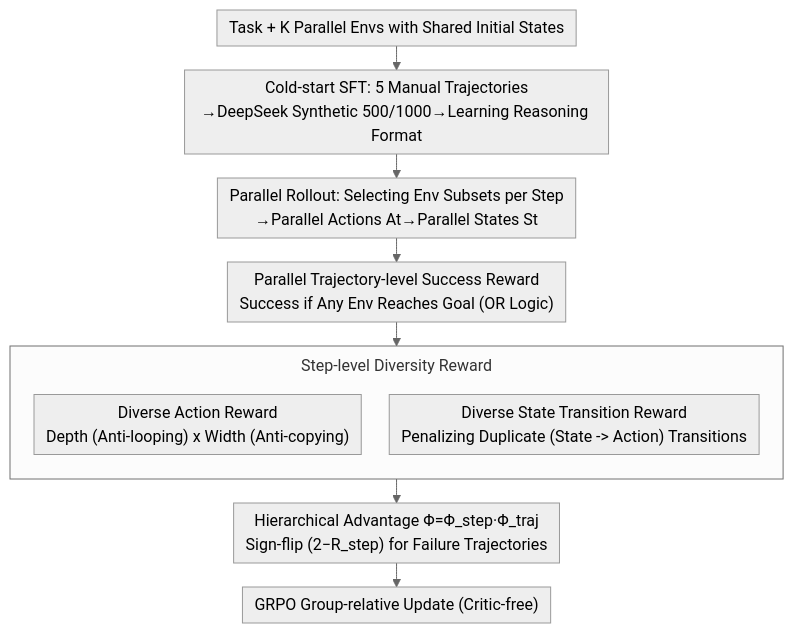
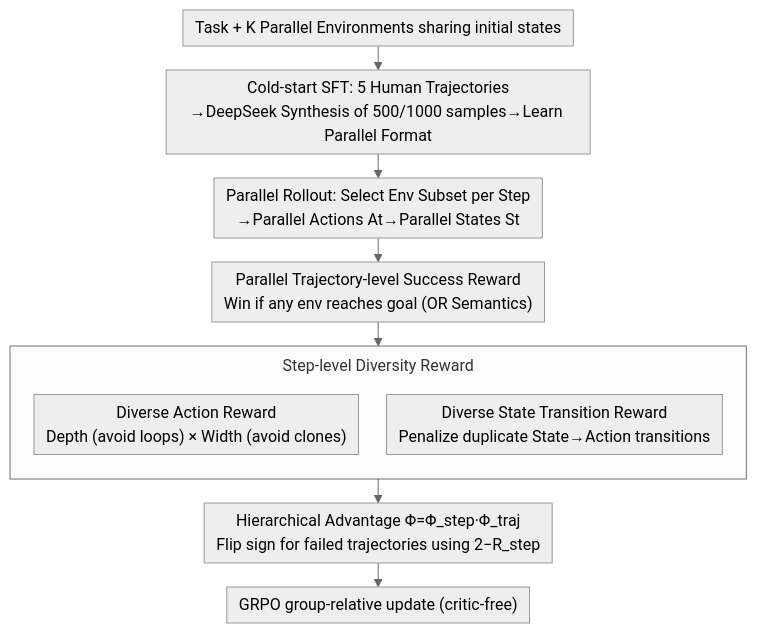
Before and after one commit to zhaoyang97/Paper-Notes-en: the diagram in docs/ACL2026/reinforcement_learning/dpepo_diverse_parallel_exploration_policy_optimization_for_llm-based_agents.md, drawn with Mermaid (neutral theme). The commit also changed other lines of this file and 5084 other files, not shown here.

````diff
--- a/docs/ACL2026/reinforcement_learning/dpepo_diverse_parallel_exploration_policy_optimization_for_llm-based_agents.md
+++ b/docs/ACL2026/reinforcement_learning/dpepo_diverse_parallel_exploration_policy_optimization_for_llm-based_agents.md
@@ -47,15 +47,15 @@
 ```mermaid
 %%{init: {'flowchart': {'rankSpacing': 24, 'nodeSpacing': 28, 'padding': 6, 'wrappingWidth': 400, 'subGraphTitleMargin': {'top': 8, 'bottom': 16}}}}%%
 flowchart TD
-    I["Task + K Parallel Envs with Shared Initial States"] --> SFT["Cold-start SFT: 5 Manual Trajectories<br/>→DeepSeek Synthetic 500/1000→Learning Reasoning Format"]
-    SFT --> ROLL["Parallel Rollout: Selecting Env Subsets per Step<br/>→Parallel Actions At→Parallel States St"]
-    ROLL --> TRAJ["Parallel Trajectory-level Success Reward<br/>Success if Any Env Reaches Goal (OR Logic)"]
+    I["Task + K Parallel Environments sharing initial states"] --> SFT["Cold-start SFT: 5 Human Trajectories<br/>→DeepSeek Synthesis of 500/1000 samples→Learn Parallel Format"]
+    SFT --> ROLL["Parallel Rollout: Select Env Subset per Step<br/>→Parallel Actions At→Parallel States St"]
+    ROLL --> TRAJ["Parallel Trajectory-level Success Reward<br/>Win if any env reaches goal (OR Semantics)"]
     TRAJ --> STEP
     subgraph STEP["Step-level Diversity Reward"]
         direction TB
-        DAR["Diverse Action Reward<br/>Depth (Anti-looping) x Width (Anti-copying)"]
-        DTR["Diverse State Transition Reward<br/>Penalizing Duplicate (State -> Action) Transitions"]
+        DAR["Diverse Action Reward<br/>Depth (avoid loops) × Width (avoid clones)"]
+        DTR["Diverse State Transition Reward<br/>Penalize duplicate State→Action transitions"]
     end
-    STEP --> ADV["Hierarchical Advantage Φ=Φ_step·Φ_traj<br/>Sign-flip (2−R_step) for Failure Trajectories"]
-    ADV --> GRPO["GRPO Group-relative Update (Critic-free)"]
+    STEP --> ADV["Hierarchical Advantage Φ=Φ_step·Φ_traj<br/>Flip sign for failed trajectories using 2−R_step"]
+    ADV --> GRPO["GRPO group-relative update (critic-free)"]
 ```
````
